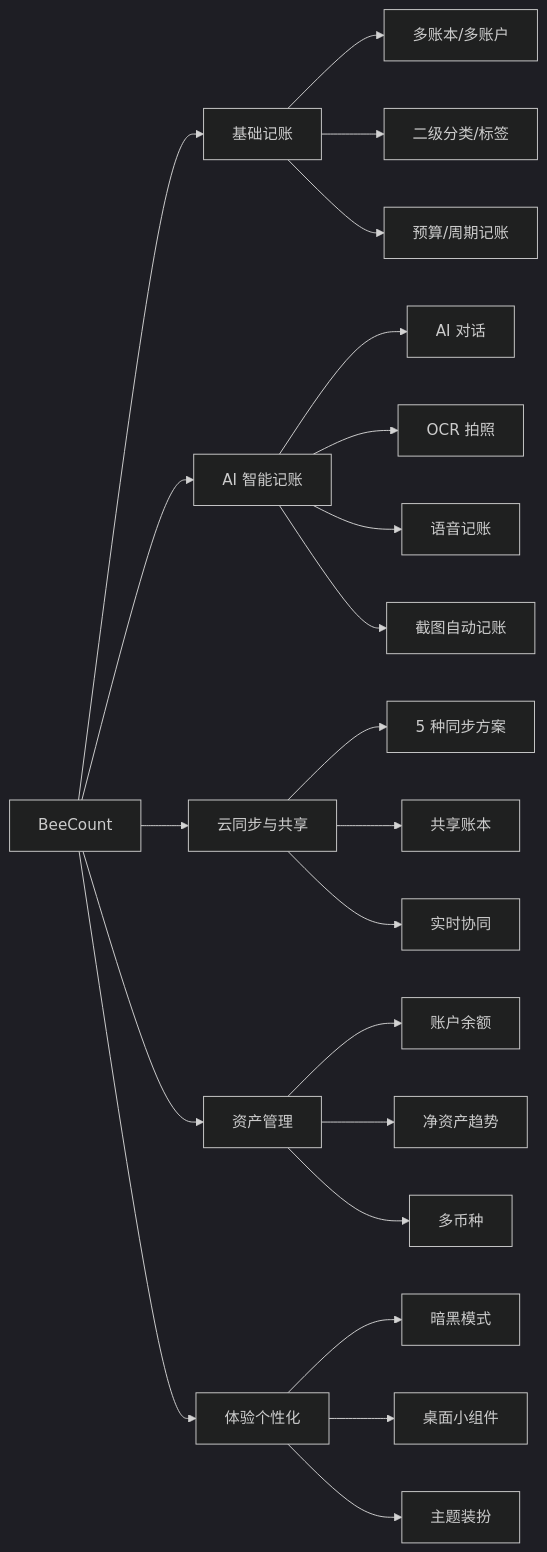
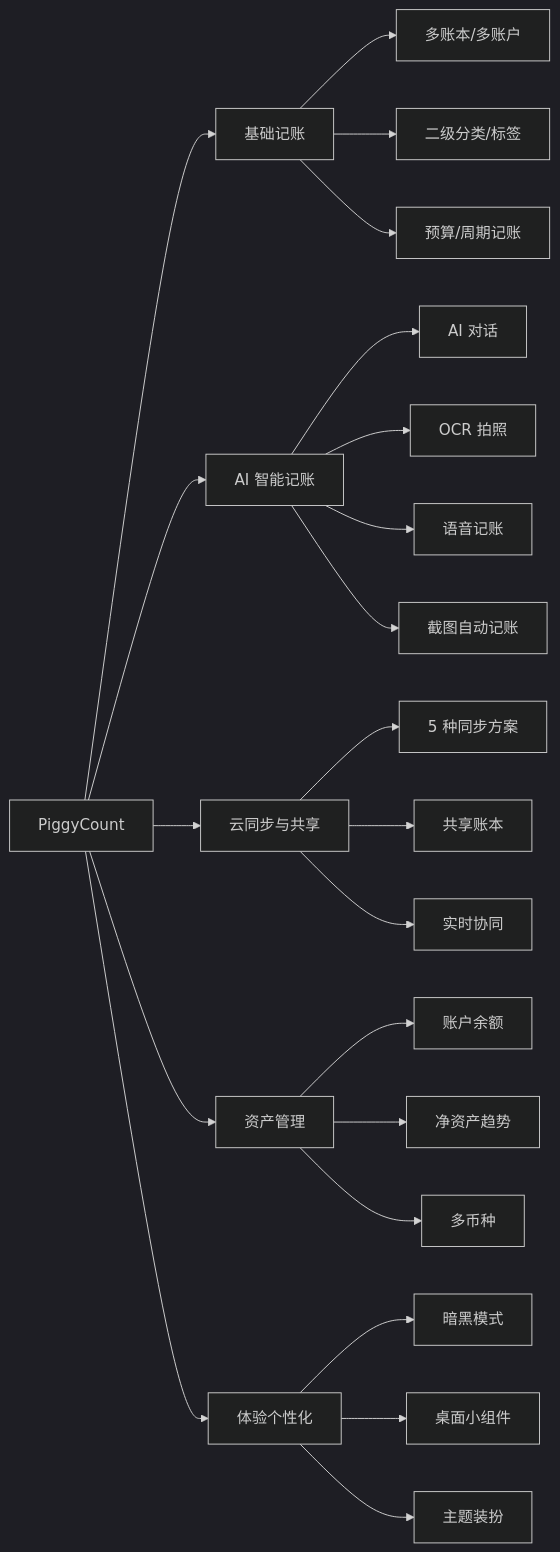
The first of 5 diagrams in docoments/01-project-overview.md (mecoren/PiggyCount), drawn with Mermaid (dark theme) before and after one commit. The commit also changed other lines of this file and 91 other files, not shown here.

````diff
--- a/docoments/01-project-overview.md
+++ b/docoments/01-project-overview.md
@@ -64,24 +64,24 @@
 ```mermaid
 flowchart LR
-    A[BeeCount] --> B[基础记账]
+    A[PiggyCount] --> B[基础记账]
     A --> C[AI 智能记账]
     A --> D[云同步与共享]
     A --> E[资产管理]
     A --> F[体验个性化]
     B --> B1[多账本/多账户]
     B --> B2[二级分类/标签]
     B --> B3[预算/周期记账]
     C --> C1[AI 对话]
     C --> C2[OCR 拍照]
     C --> C3[语音记账]
     C --> C4[截图自动记账]
     D --> D1[5 种同步方案]
     D --> D2[共享账本]
     D --> D3[实时协同]
     E --> E1[账户余额]
     E --> E2[净资产趋势]
     E --> E3[多币种]
     F --> F1[暗黑模式]
     F --> F2[桌面小组件]
     F --> F3[主题装扮]
 ```
````
